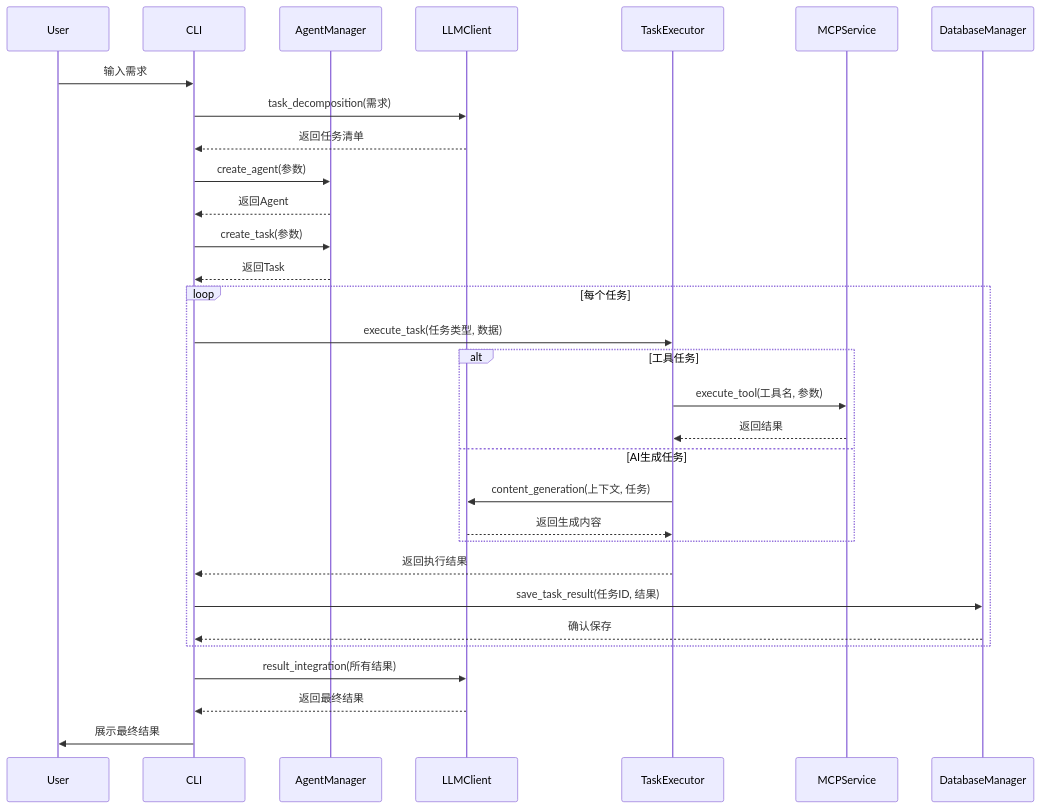
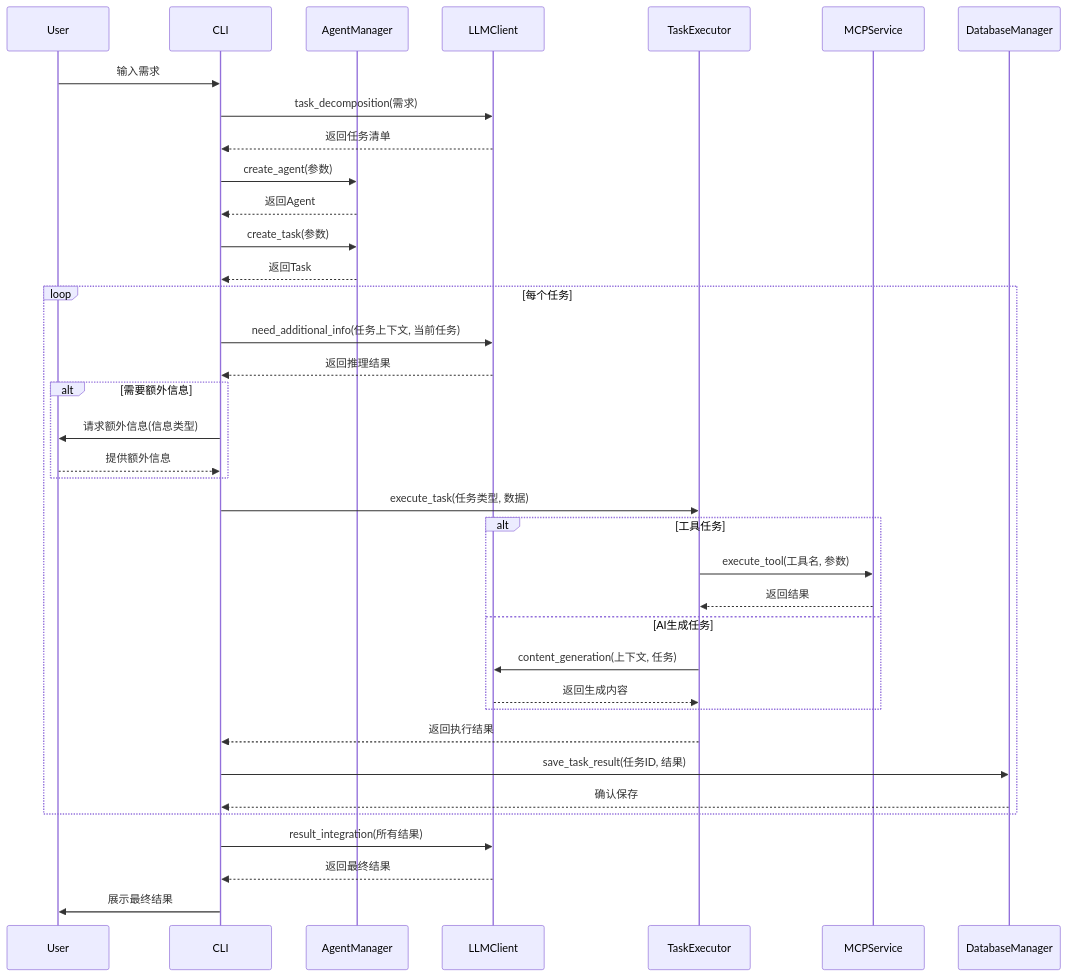
The third of 6 diagrams in doc/uml.md (wangchengyu/AI-Agent-Flow), drawn with Mermaid before and after one commit. The commit also changed other lines of this file and 4 other files, not shown here.

````diff
--- a/doc/uml.md
+++ b/doc/uml.md
@@ -119,40 +120,48 @@
 ```mermaid
 sequenceDiagram
     participant User
     participant CLI
     participant AgentManager
     participant LLMClient
     participant TaskExecutor
     participant MCPService
     participant DatabaseManager
     
     User->>CLI: 输入需求
     CLI->>LLMClient: task_decomposition(需求)
     LLMClient-->>CLI: 返回任务清单
     
     CLI->>AgentManager: create_agent(参数)
     AgentManager-->>CLI: 返回Agent
     
     CLI->>AgentManager: create_task(参数)
     AgentManager-->>CLI: 返回Task
     
     loop 每个任务
+        CLI->>LLMClient: need_additional_info(任务上下文, 当前任务)
+        LLMClient-->>CLI: 返回推理结果
+        
+        alt 需要额外信息
+            CLI->>User: 请求额外信息(信息类型)
+            User-->>CLI: 提供额外信息
+        end
+        
         CLI->>TaskExecutor: execute_task(任务类型, 数据)
         
         alt 工具任务
             TaskExecutor->>MCPService: execute_tool(工具名, 参数)
             MCPService-->>TaskExecutor: 返回结果
         else AI生成任务
             TaskExecutor->>LLMClient: content_generation(上下文, 任务)
             LLMClient-->>TaskExecutor: 返回生成内容
         end
         
         TaskExecutor-->>CLI: 返回执行结果
         CLI->>DatabaseManager: save_task_result(任务ID, 结果)
         DatabaseManager-->>CLI: 确认保存
     end
     
     CLI->>LLMClient: result_integration(所有结果)
     LLMClient-->>CLI: 返回最终结果
     CLI->>User: 展示最终结果
 ```
````
